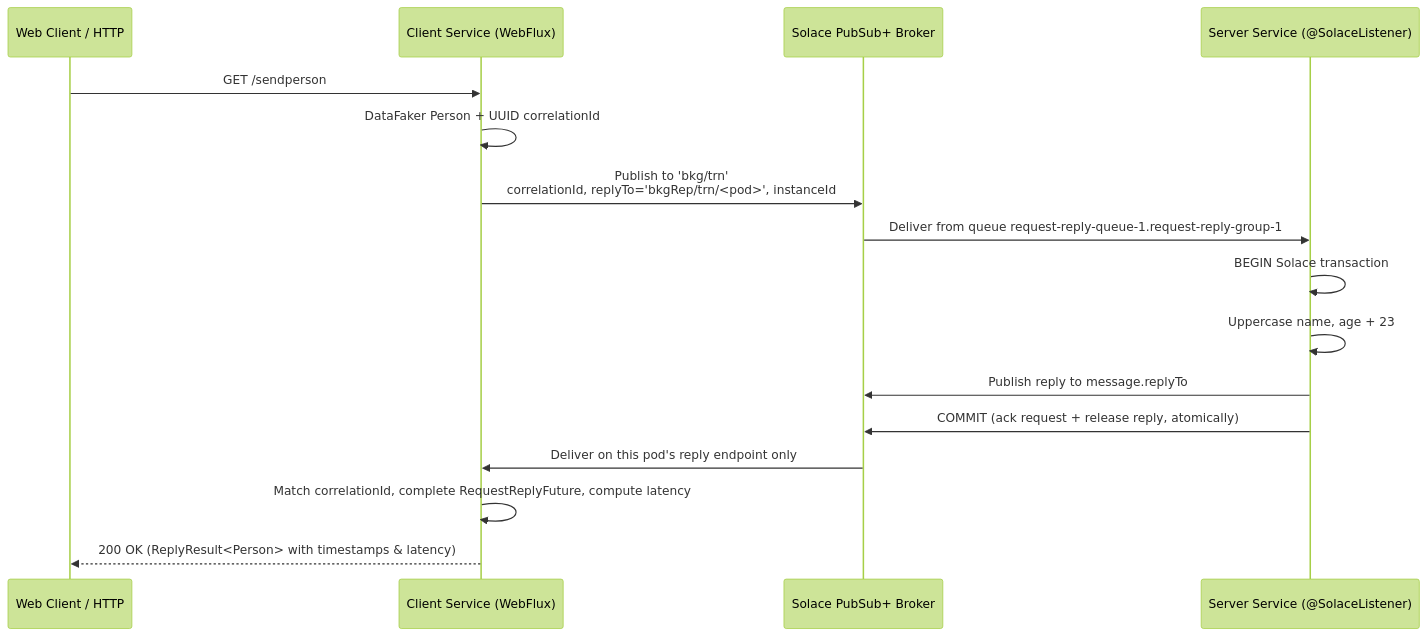
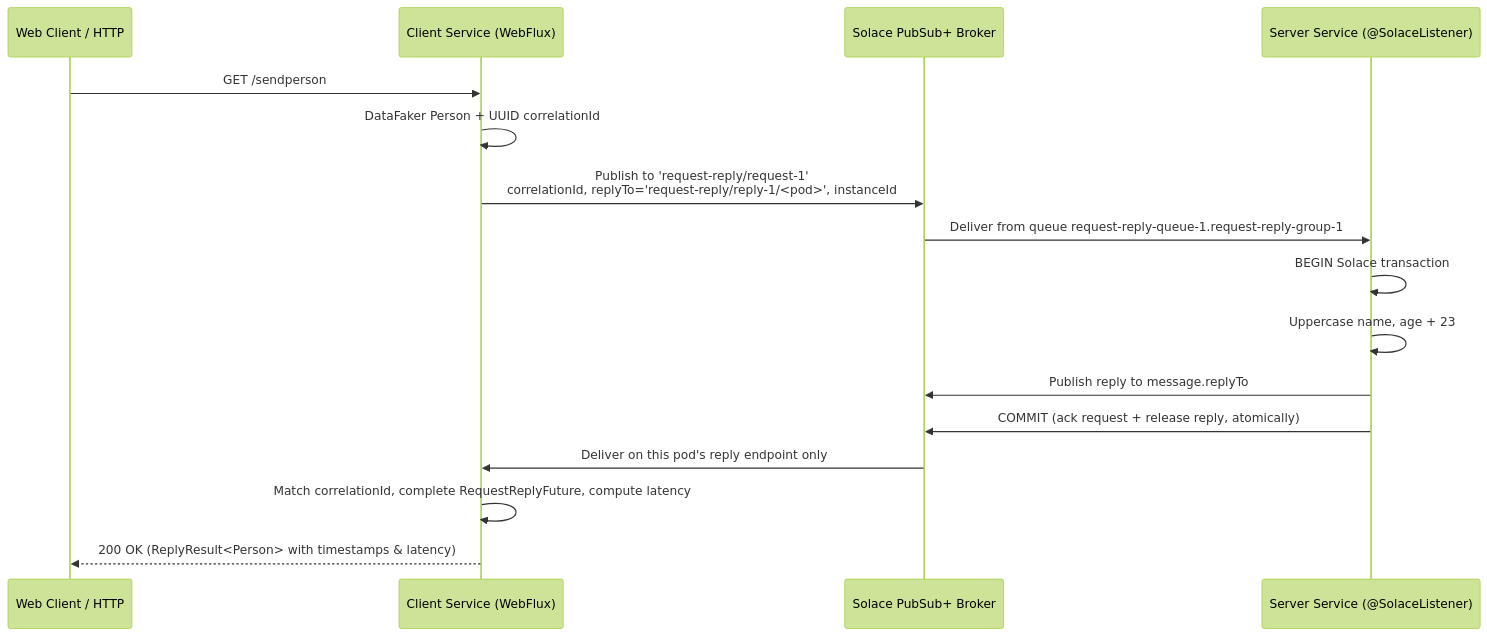
One commit to anupambasak/solace-request-reply changed the diagram in README.md. Above: the diagram before and after it, drawn with Mermaid (forest theme). The commit also changed other lines of this file and 52 other files, not shown here.

````diff
--- a/README.md
+++ b/README.md
@@ -17,19 +17,19 @@
 ```mermaid
 sequenceDiagram
     participant Web as Web Client / HTTP
     participant Client as Client Service (WebFlux)
     participant Solace as Solace PubSub+ Broker
     participant Server as Server Service (@SolaceListener)
 
     Web->>Client: GET /sendperson
     Client->>Client: DataFaker Person + UUID correlationId
-    Client->>Solace: Publish to 'bkg/trn'<br/>correlationId, replyTo='bkgRep/trn/<pod>', instanceId
+    Client->>Solace: Publish to 'request-reply/request-1'<br/>correlationId, replyTo='request-reply/reply-1/<pod>', instanceId
     Solace->>Server: Deliver from queue request-reply-queue-1.request-reply-group-1
     Server->>Server: BEGIN Solace transaction
     Server->>Server: Uppercase name, age + 23
     Server->>Solace: Publish reply to message.replyTo
     Server->>Solace: COMMIT (ack request + release reply, atomically)
     Solace->>Client: Deliver on this pod's reply endpoint only
     Client->>Client: Match correlationId, complete RequestReplyFuture, compute latency
     Client-->>Web: 200 OK (ReplyResult<Person> with timestamps & latency)
 ```
````
